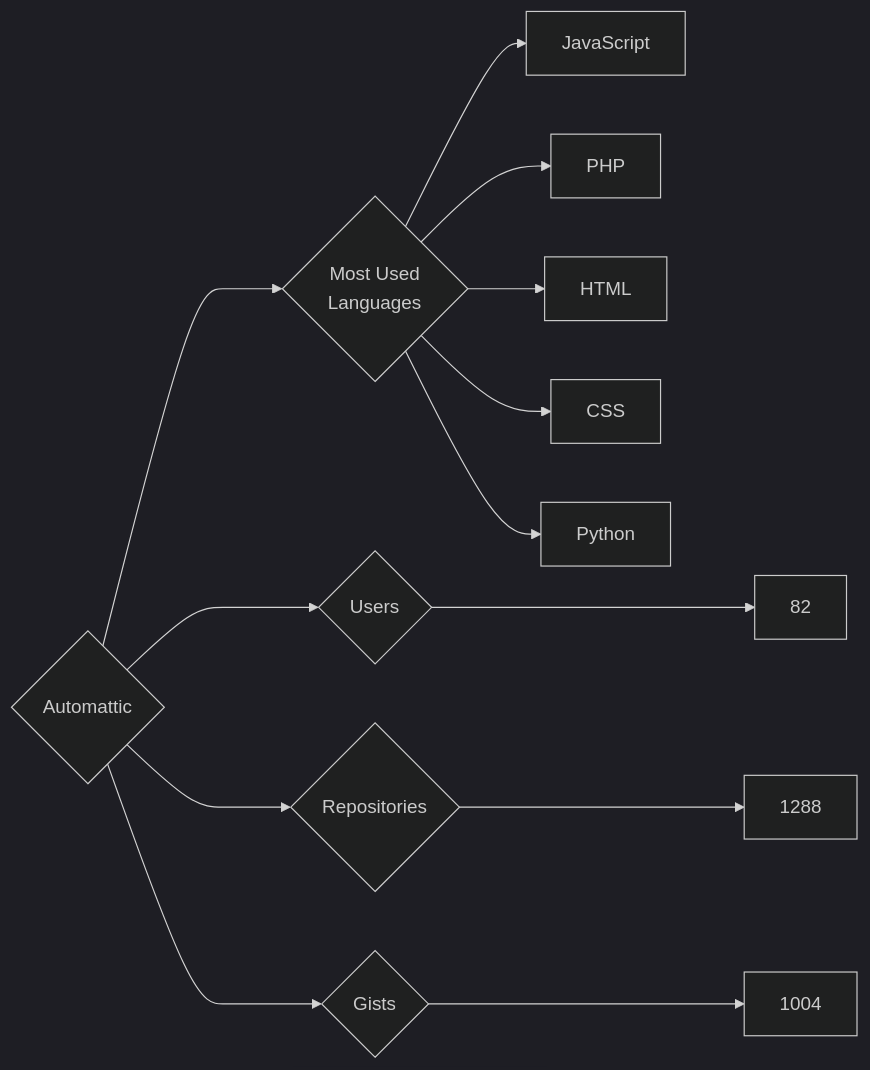
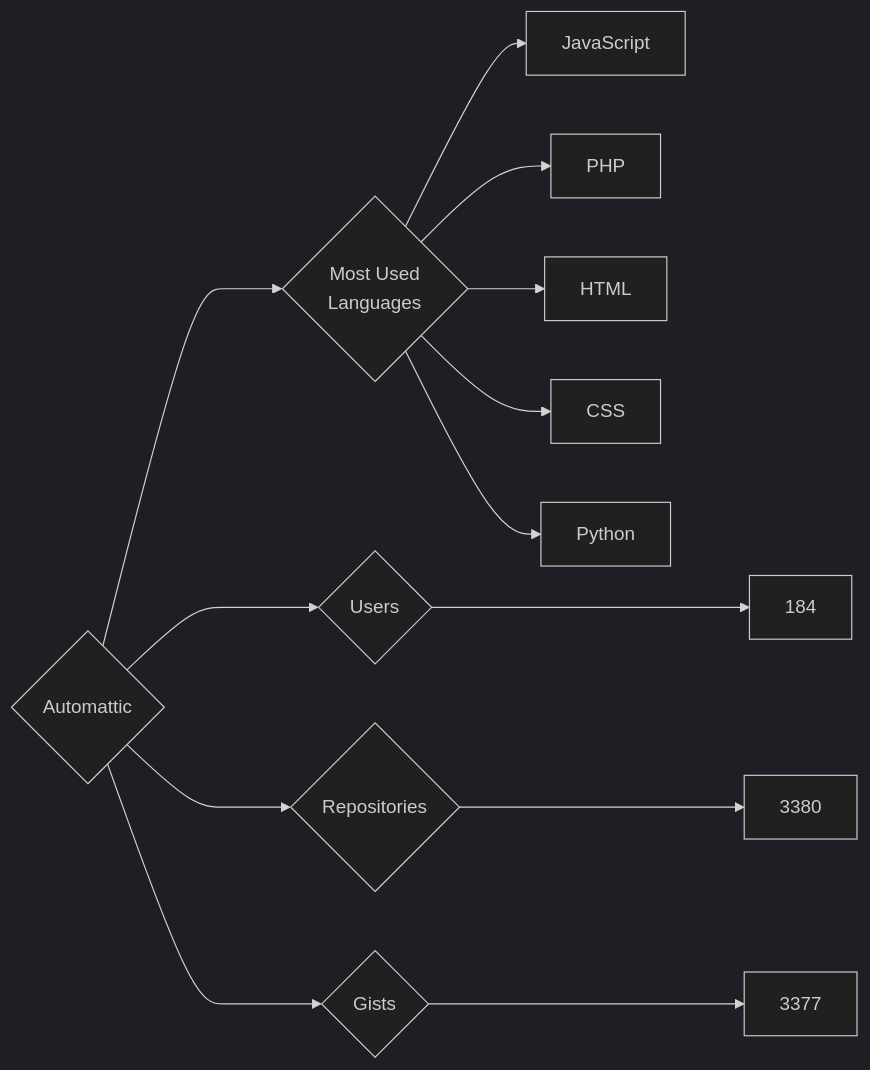
Before and after one commit to trickest/insiders: the diagram in targets/Automattic/README.md, drawn with Mermaid (dark theme). The commit also changed 676 other files, not shown here.

````diff
--- a/targets/Automattic/README.md
+++ b/targets/Automattic/README.md
@@ -3,13 +3,13 @@
 ```mermaid
 graph LR
 COMPANY_NAME{Automattic}
-COMPANY_NAME ---> U{Users} ---> UN[82]
-COMPANY_NAME ---> R{Repositories} ---> RN[1288]
-COMPANY_NAME ---> G{Gists} ---> GN[1004]
+COMPANY_NAME ---> U{Users} ---> UN[184]
+COMPANY_NAME ---> R{Repositories} ---> RN[3380]
+COMPANY_NAME ---> G{Gists} ---> GN[3377]
 COMPANY_NAME ---> ML{Most Used<br>Languages}
 ML --> JavaScript[JavaScript]
 ML --> PHP[PHP]
 ML --> HTML[HTML]
 ML --> CSS[CSS]
 ML --> Python[Python]
 ```
````
